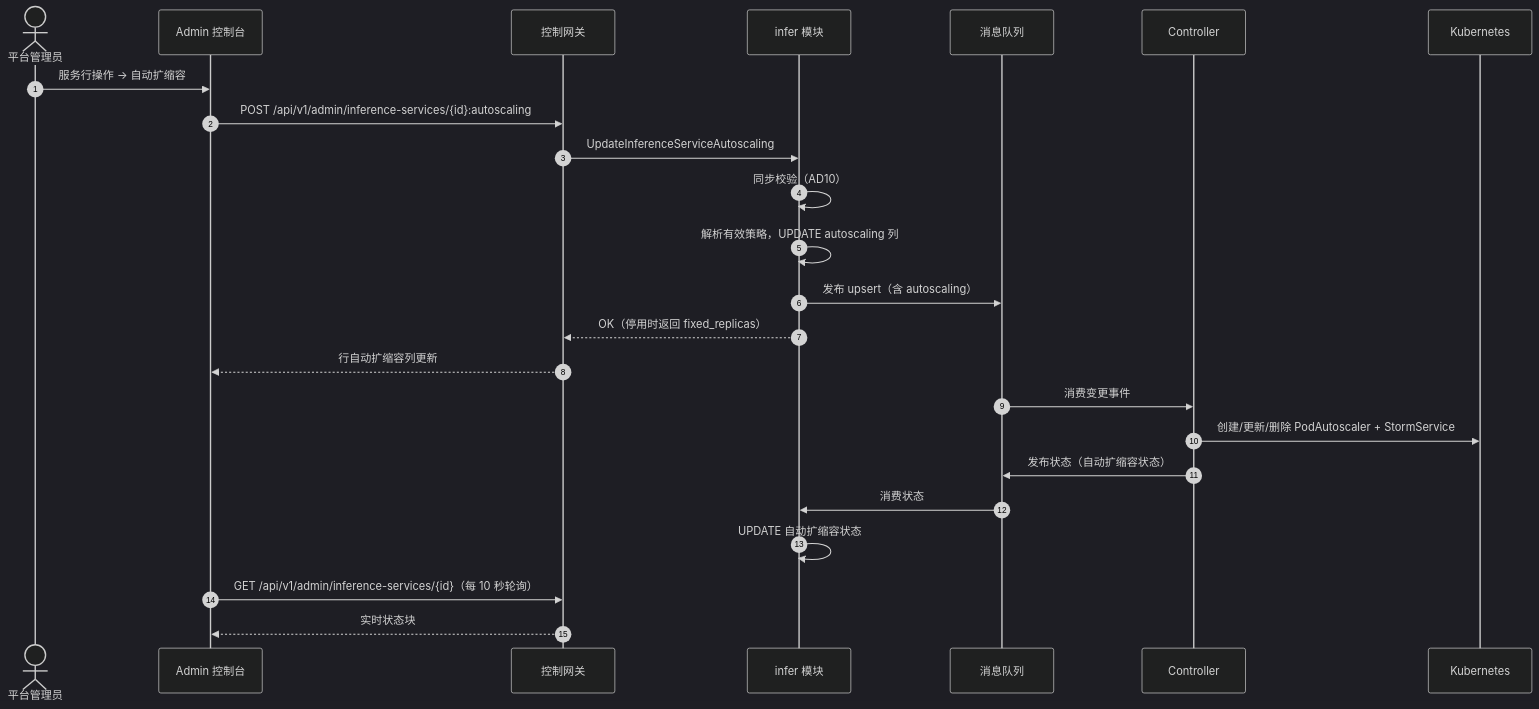
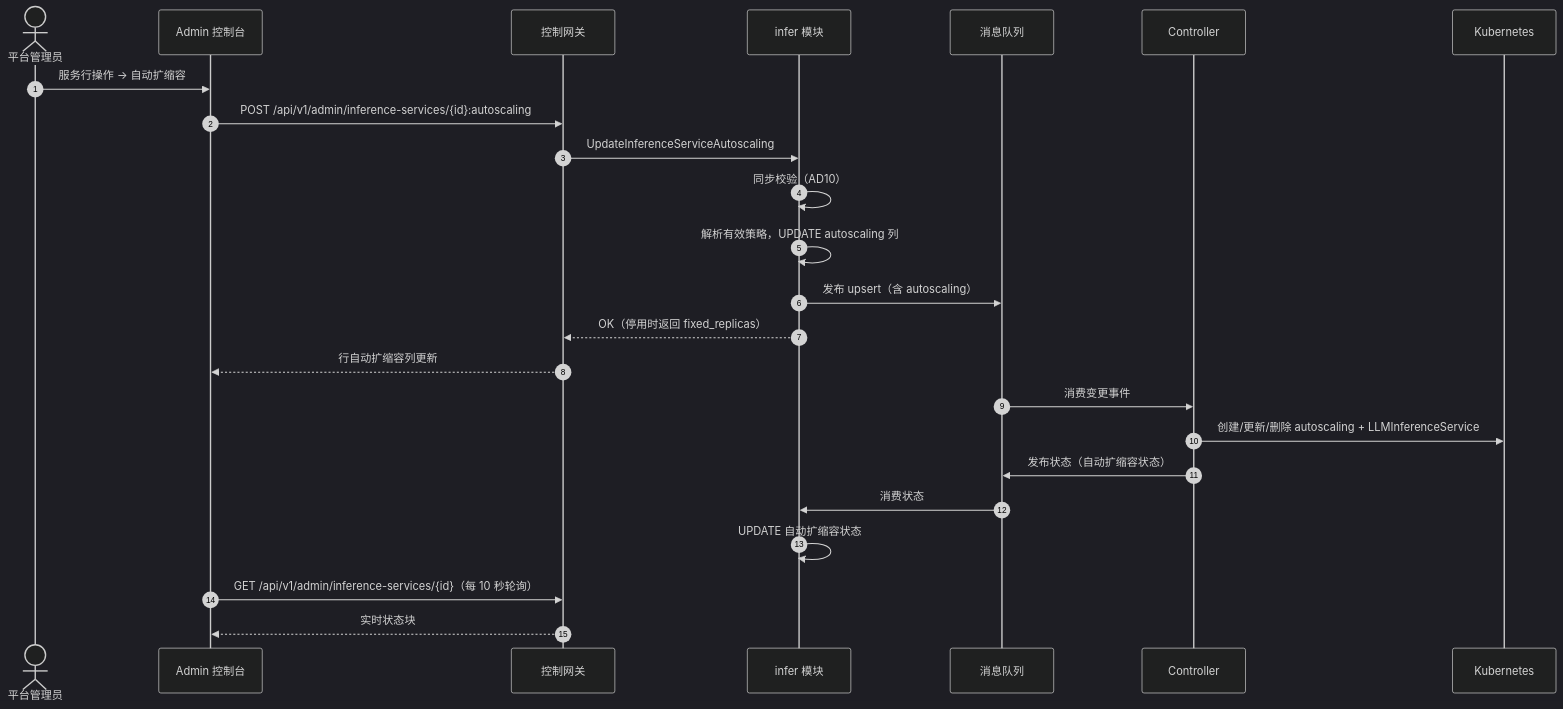
One commit to go-taas/go-taas changed the third of 5 diagrams in site/docs/architecture/inference-autoscaling.zh-cn.md. Above: the diagram before and after it, drawn with Mermaid (dark theme). The commit also changed other lines of this file and 151 other files, not shown here.

````diff
--- a/site/docs/architecture/inference-autoscaling.zh-cn.md
+++ b/site/docs/architecture/inference-autoscaling.zh-cn.md
@@ -508,27 +503,27 @@
 ```mermaid
 sequenceDiagram
     autonumber
     actor Admin as 平台管理员
     participant UI as Admin 控制台
     participant CGW as 控制网关
     participant Infer as infer 模块
     participant MQ as 消息队列
     participant CTRL as Controller
     participant K8s as Kubernetes
 
     Admin->>UI: 服务行操作 -> 自动扩缩容
     UI->>CGW: POST /api/v1/admin/inference-services/{id}:autoscaling
     CGW->>Infer: UpdateInferenceServiceAutoscaling
     Infer->>Infer: 同步校验（AD10）
     Infer->>Infer: 解析有效策略，UPDATE autoscaling 列
     Infer->>MQ: 发布 upsert（含 autoscaling）
     Infer-->>CGW: OK（停用时返回 fixed_replicas）
     CGW-->>UI: 行自动扩缩容列更新
     MQ->>CTRL: 消费变更事件
-    CTRL->>K8s: 创建/更新/删除 PodAutoscaler + StormService
+    CTRL->>K8s: 创建/更新/删除 autoscaling + LLMInferenceService
     CTRL->>MQ: 发布状态（自动扩缩容状态）
     MQ->>Infer: 消费状态
     Infer->>Infer: UPDATE 自动扩缩容状态
     UI->>CGW: GET /api/v1/admin/inference-services/{id}（每 10 秒轮询）
     CGW-->>UI: 实时状态块
 ```
````
